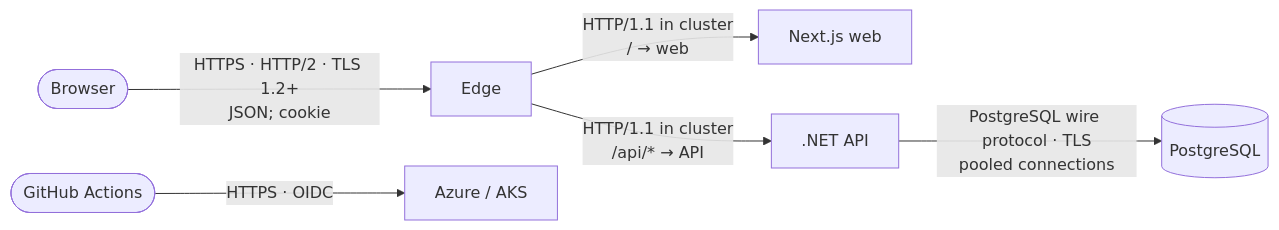
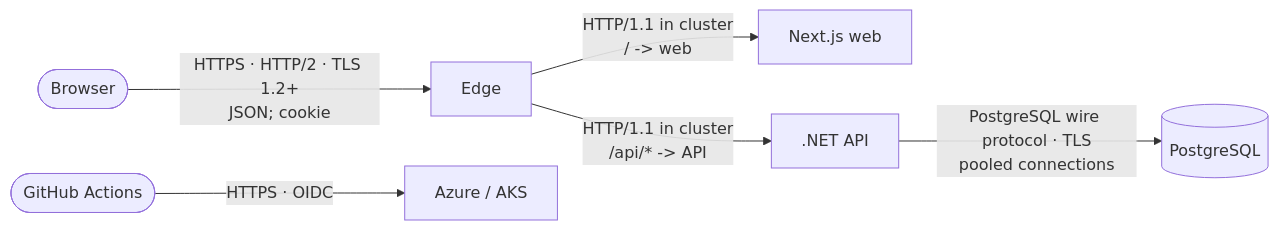
One commit to ring9834/MyTodos changed the first of 3 diagrams in docs/adr/0009-communication-and-interaction.md. Above: the diagram before and after it, drawn with Mermaid. The commit also changed other lines of this file and 19 other files, not shown here.

````diff
--- a/docs/adr/0009-communication-and-interaction.md
+++ b/docs/adr/0009-communication-and-interaction.md
@@ -77,8 +77,8 @@
 ```mermaid
 flowchart LR
     B([Browser]) -- "HTTPS · HTTP/2 · TLS 1.2+<br/>JSON; cookie" --> E[Edge]
-    E -- "HTTP/1.1 in cluster<br/>/ → web" --> W[Next.js web]
-    E -- "HTTP/1.1 in cluster<br/>/api/* → API" --> A[.NET API]
+    E -- "HTTP/1.1 in cluster<br/>/ -> web" --> W[Next.js web]
+    E -- "HTTP/1.1 in cluster<br/>/api/* -> API" --> A[.NET API]
     A -- "PostgreSQL wire protocol · TLS<br/>pooled connections" --> D[(PostgreSQL)]
     CI([GitHub Actions]) -- "HTTPS · OIDC" --> AZ[Azure / AKS]
 ```
````
